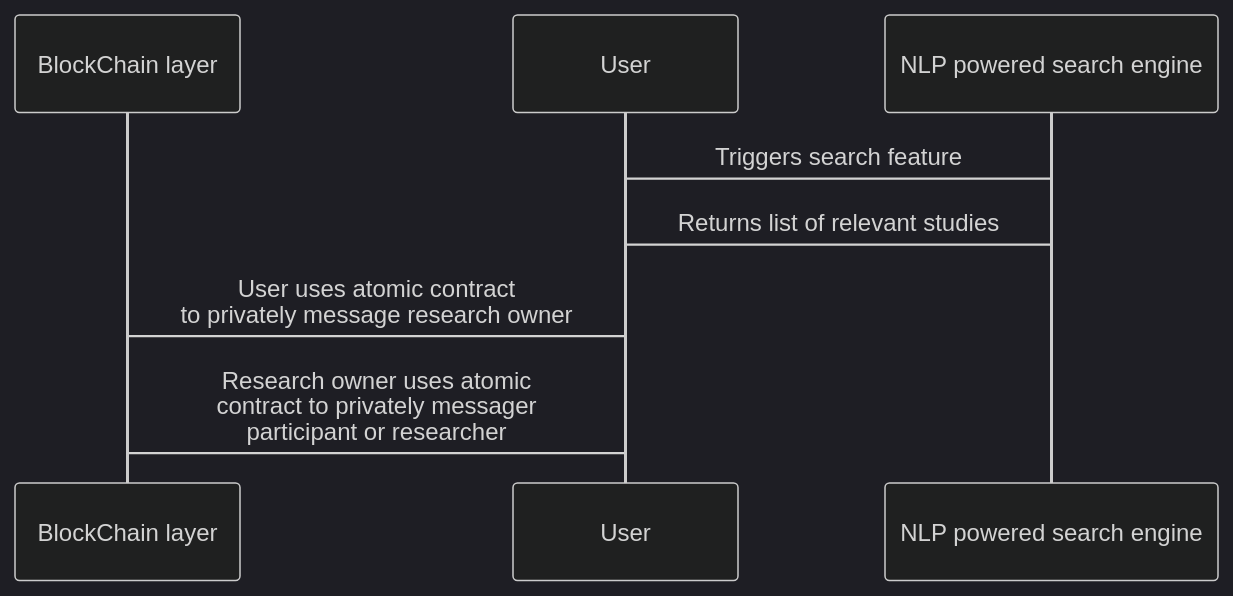
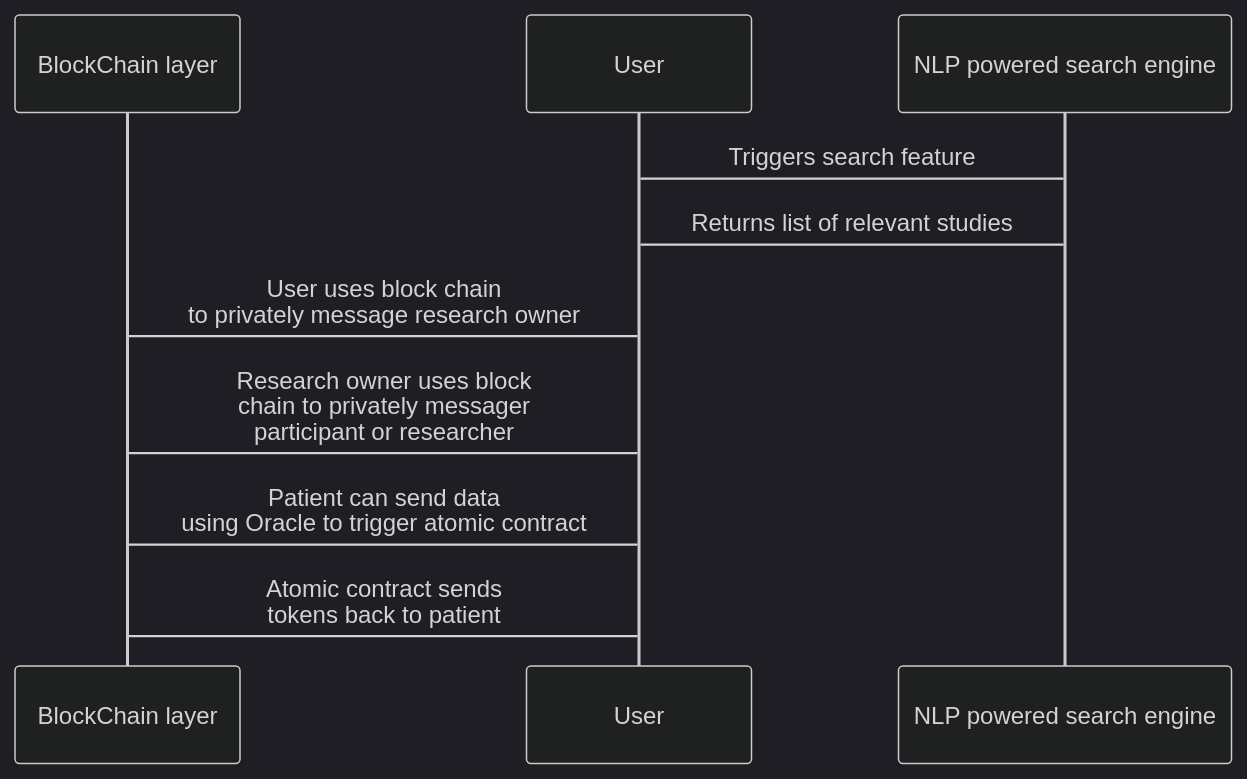
One commit to AI-and-Blockchain/S22_StudyBlock changed the second of 2 diagrams in README.md. Above: the diagram before and after it, drawn with Mermaid (dark theme). The commit also changed other lines of this file, not shown here.

````diff
--- a/README.md
+++ b/README.md
@@ -32,10 +30,12 @@
 ```mermaid
 sequenceDiagram;
     Participant B as BlockChain layer
     Participant C as User
     Participant A as NLP powered search engine
     C -> A: Triggers search feature
     A -> C: Returns list of relevant studies
-    C -> B: User uses atomic contract <br> to privately message research owner
-    C -> B: Research owner uses atomic <br> contract to privately messager <br> participant or researcher 
+    C -> B: User uses block chain <br> to privately message research owner
+    C -> B: Research owner uses block <br> chain to privately messager <br> participant or researcher 
+    C -> B: Patient can send data <br> using Oracle to trigger atomic contract
+    B -> C:  Atomic contract sends <br> tokens back to patient
 ```
````
